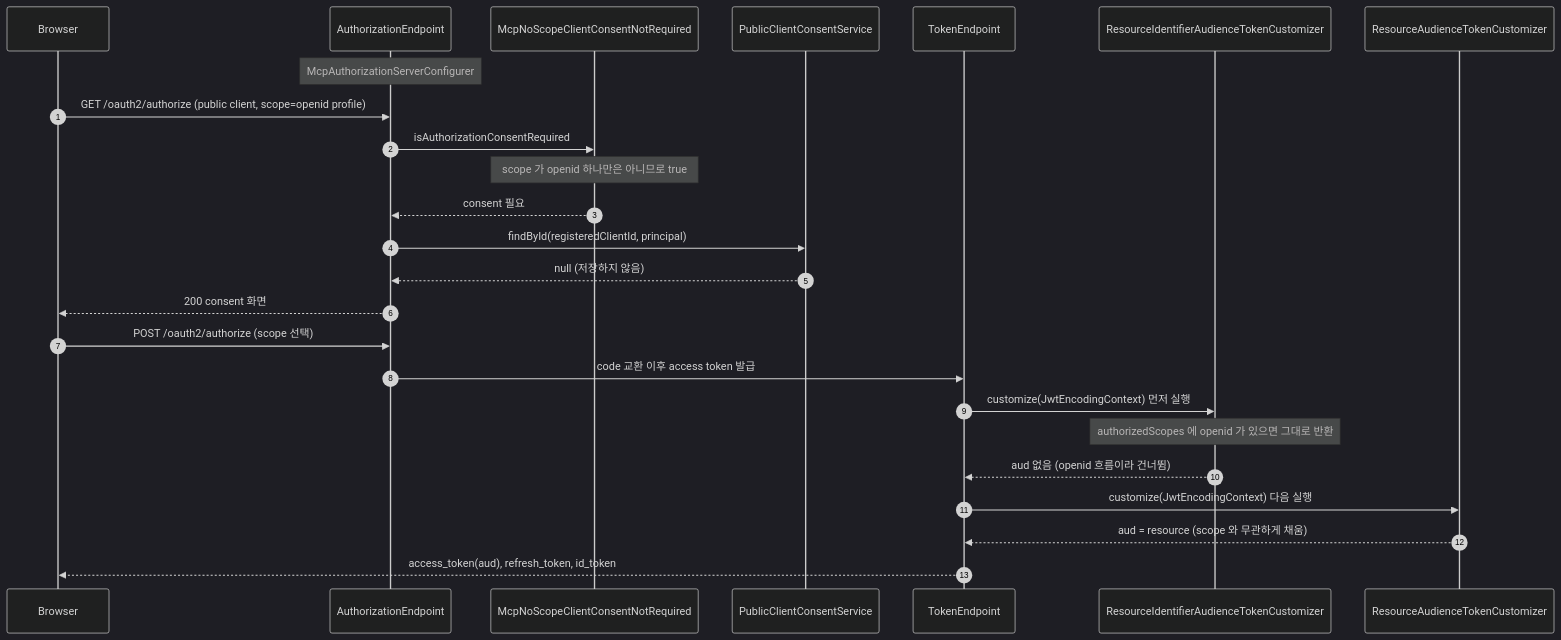
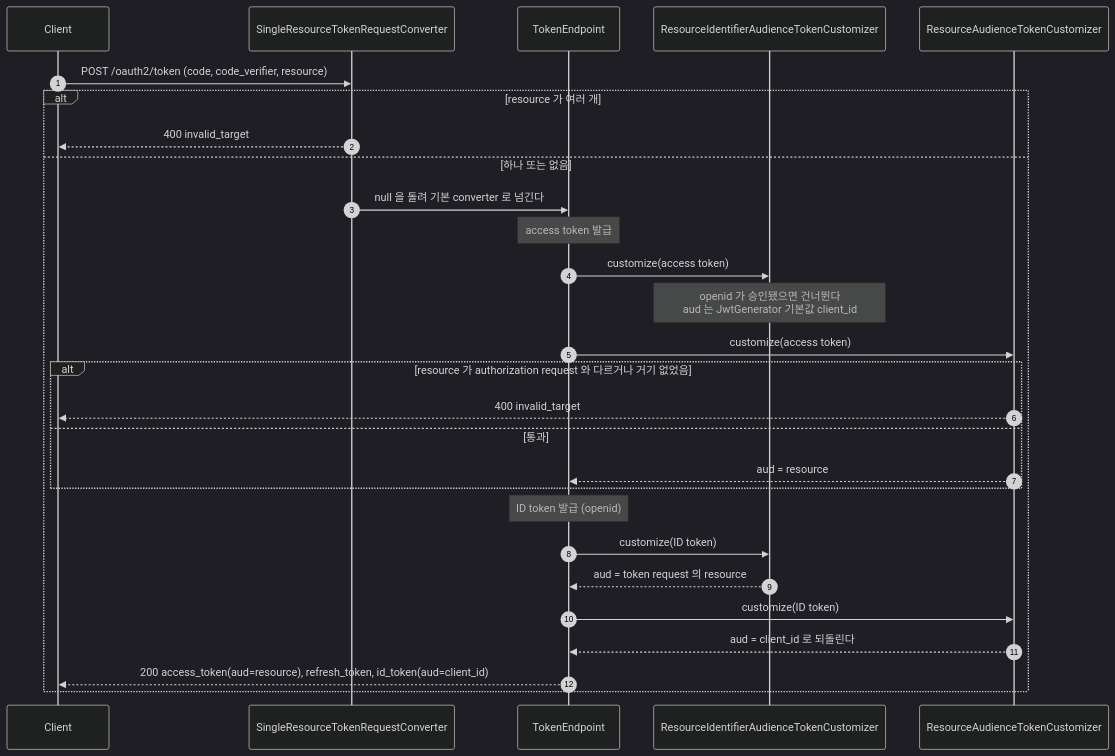
One commit to starryeye/spring-ai changed the third of 5 diagrams in practice/mcp-security-authn-community/SEQUENCES.md. Above: the diagram before and after it, drawn with Mermaid (dark theme). The commit also changed other lines of this file and 2 other files, not shown here.

Commit message:
docs(community): 대체 표·ID token aud 분기·등록 절, Host 가 audience 계산보다 먼저

````diff
--- a/practice/mcp-security-authn-community/SEQUENCES.md
+++ b/practice/mcp-security-authn-community/SEQUENCES.md
@@ -88,27 +142,30 @@
 ```mermaid
 sequenceDiagram
     autonumber
-    participant B as Browser
-    participant AE as AuthorizationEndpoint
-    participant N as McpNoScopeClientConsentNotRequired
-    participant P as PublicClientConsentService
+    participant C as Client
+    participant SRC as SingleResourceTokenRequestConverter
     participant T as TokenEndpoint
     participant D as ResourceIdentifierAudienceTokenCustomizer
     participant R as ResourceAudienceTokenCustomizer
-    Note over AE: McpAuthorizationServerConfigurer#init() 이 기동 시점에<br/>RIV·PCCS·이 customizer 들을 authServerCustomizer 로 건다
-    B->>AE: GET /oauth2/authorize (public client, scope=openid profile)
-    AE->>N: isAuthorizationConsentRequired
-    Note over N: scope 가 openid 하나만은 아니므로 true
-    N-->>AE: consent 필요
-    AE->>P: findById(registeredClientId, principal)
-    P-->>AE: null (저장하지 않음)
-    AE-->>B: 200 consent 화면
-    B->>AE: POST /oauth2/authorize (scope 선택)
-    AE->>T: code 교환 이후 access token 발급
-    T->>D: customize(JwtEncodingContext) 먼저 실행
-    Note over D: authorizedScopes 에 openid 가 있으면 그대로 반환
-    D-->>T: aud 없음 (openid 흐름이라 건너뜀)
-    T->>R: customize(JwtEncodingContext) 다음 실행
-    R-->>T: aud = resource (scope 와 무관하게 채움)
-    T-->>B: access_token(aud), refresh_token, id_token
+    C->>SRC: POST /oauth2/token (code, code_verifier, resource)
+    alt resource 가 여러 개
+        SRC-->>C: 400 invalid_target
+    else 하나 또는 없음
+        SRC->>T: null 을 돌려 기본 converter 로 넘긴다
+        Note over T: access token 발급
+        T->>D: customize(access token)
+        Note over D: openid 가 승인됐으면 건너뛴다<br/>aud 는 JwtGenerator 기본값 client_id
+        T->>R: customize(access token)
+        alt resource 가 authorization request 와 다르거나 거기 없었음
+            R-->>C: 400 invalid_target
+        else 통과
+            R-->>T: aud = resource
+        end
+        Note over T: ID token 발급 (openid)
+        T->>D: customize(ID token)
+        D-->>T: aud = token request 의 resource
+        T->>R: customize(ID token)
+        R-->>T: aud = client_id 로 되돌린다
+        T-->>C: 200 access_token(aud=resource), refresh_token, id_token(aud=client_id)
+    end
 ```
````
